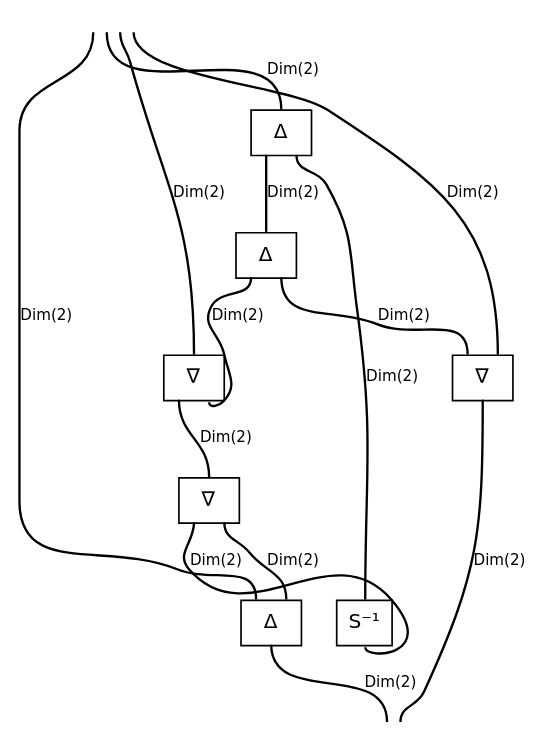
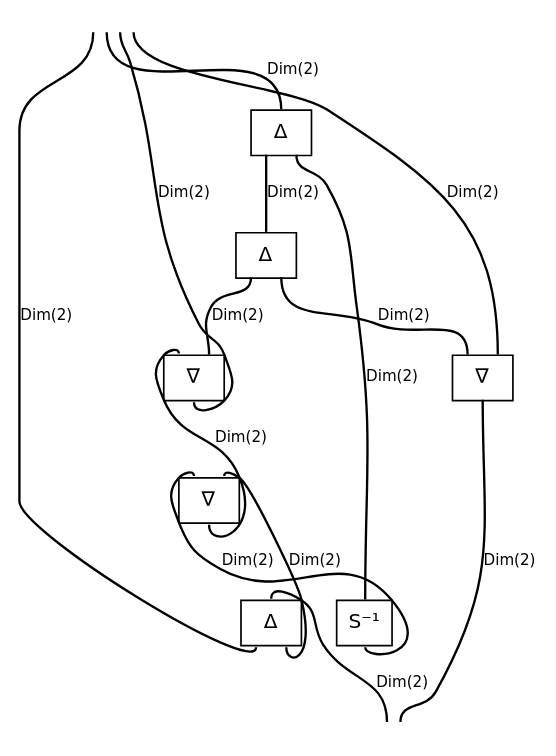
Before and after one commit to discopy/discopy: the diagram in docs/_static/hopf/double-mult.dot, drawn with Graphviz. The commit also changed 6 other files, not shown here.

```diff
--- a/docs/_static/hopf/double-mult.dot
+++ b/docs/_static/hopf/double-mult.dot
@@ -1,29 +1,29 @@
 graph cmap {
   graph [bgcolor="white", fontname="DejaVu Sans", layout="dot", margin="0.04", outputorder="edgesfirst", overlap="false", rankdir="TB", splines="true"];
   node [color="black", fontname="DejaVu Sans", fontsize="12", margin="0", shape="plain"];
   edge [color="black", fontname="DejaVu Sans", fontsize="9", headclip="true", penwidth="1.4", tailclip="true"];
   v0 [label=<<TABLE BORDER="0" CELLBORDER="0" CELLSPACING="0"><TR><TD PORT="p4" TOOLTIP="dom 0: Dim(2) (up, up)" BORDER="0" CELLPADDING="0" COLSPAN="2" WIDTH="36" HEIGHT="0"></TD></TR><TR><TD BORDER="1" CELLPADDING="6" COLSPAN="2" WIDTH="36">Δ</TD></TR><TR><TD PORT="p6" TOOLTIP="cod 0: Dim(2) (down, down)" BORDER="0" CELLPADDING="0" COLSPAN="1" WIDTH="18" HEIGHT="0"></TD><TD PORT="p5" TOOLTIP="cod 1: Dim(2) (down, down)" BORDER="0" CELLPADDING="0" COLSPAN="1" WIDTH="18" HEIGHT="0"></TD></TR></TABLE>>];
   v1 [label=<<TABLE BORDER="0" CELLBORDER="0" CELLSPACING="0"><TR><TD PORT="p7" TOOLTIP="dom 0: Dim(2) (up, up)" BORDER="0" CELLPADDING="0" COLSPAN="2" WIDTH="36" HEIGHT="0"></TD></TR><TR><TD BORDER="1" CELLPADDING="6" COLSPAN="2" WIDTH="36">Δ</TD></TR><TR><TD PORT="p9" TOOLTIP="cod 0: Dim(2) (down, down)" BORDER="0" CELLPADDING="0" COLSPAN="1" WIDTH="18" HEIGHT="0"></TD><TD PORT="p8" TOOLTIP="cod 1: Dim(2) (down, down)" BORDER="0" CELLPADDING="0" COLSPAN="1" WIDTH="18" HEIGHT="0"></TD></TR></TABLE>>];
-  v2 [label=<<TABLE BORDER="0" CELLBORDER="0" CELLSPACING="0"><TR><TD PORT="p10" TOOLTIP="dom 0: Dim(2) (up, up)" BORDER="0" CELLPADDING="0" COLSPAN="2" WIDTH="36" HEIGHT="0"></TD></TR><TR><TD BORDER="1" CELLPADDING="6" COLSPAN="2" WIDTH="36">∇</TD></TR><TR><TD PORT="p12" TOOLTIP="cod 0: Dim(2) (down, down)" BORDER="0" CELLPADDING="0" COLSPAN="1" WIDTH="18" HEIGHT="0"></TD><TD PORT="p11" TOOLTIP="cod 1: Dim(2) (down, down)" BORDER="0" CELLPADDING="0" COLSPAN="1" WIDTH="18" HEIGHT="0"></TD></TR></TABLE>>];
-  v3 [label=<<TABLE BORDER="0" CELLBORDER="0" CELLSPACING="0"><TR><TD PORT="p13" TOOLTIP="dom 0: Dim(2) (up, up)" BORDER="0" CELLPADDING="0" COLSPAN="2" WIDTH="36" HEIGHT="0"></TD></TR><TR><TD BORDER="1" CELLPADDING="6" COLSPAN="2" WIDTH="36">∇</TD></TR><TR><TD PORT="p15" TOOLTIP="cod 0: Dim(2) (down, down)" BORDER="0" CELLPADDING="0" COLSPAN="1" WIDTH="18" HEIGHT="0"></TD><TD PORT="p14" TOOLTIP="cod 1: Dim(2) (down, down)" BORDER="0" CELLPADDING="0" COLSPAN="1" WIDTH="18" HEIGHT="0"></TD></TR></TABLE>>];
+  v2 [label=<<TABLE BORDER="0" CELLBORDER="0" CELLSPACING="0"><TR><TD PORT="p10" TOOLTIP="dom 0: Dim(2) (up, up)" BORDER="0" CELLPADDING="0" COLSPAN="1" WIDTH="18" HEIGHT="0"></TD><TD PORT="p11" TOOLTIP="dom 1: Dim(2) (up, up)" BORDER="0" CELLPADDING="0" COLSPAN="1" WIDTH="18" HEIGHT="0"></TD></TR><TR><TD BORDER="1" CELLPADDING="6" COLSPAN="2" WIDTH="36">∇</TD></TR><TR><TD PORT="p12" TOOLTIP="cod 0: Dim(2) (down, down)" BORDER="0" CELLPADDING="0" COLSPAN="2" WIDTH="36" HEIGHT="0"></TD></TR></TABLE>>];
+  v3 [label=<<TABLE BORDER="0" CELLBORDER="0" CELLSPACING="0"><TR><TD PORT="p13" TOOLTIP="dom 0: Dim(2) (up, up)" BORDER="0" CELLPADDING="0" COLSPAN="1" WIDTH="18" HEIGHT="0"></TD><TD PORT="p14" TOOLTIP="dom 1: Dim(2) (up, up)" BORDER="0" CELLPADDING="0" COLSPAN="1" WIDTH="18" HEIGHT="0"></TD></TR><TR><TD BORDER="1" CELLPADDING="6" COLSPAN="2" WIDTH="36">∇</TD></TR><TR><TD PORT="p15" TOOLTIP="cod 0: Dim(2) (down, down)" BORDER="0" CELLPADDING="0" COLSPAN="2" WIDTH="36" HEIGHT="0"></TD></TR></TABLE>>];
   v4 [label=<<TABLE BORDER="0" CELLBORDER="0" CELLSPACING="0"><TR><TD PORT="p16" TOOLTIP="dom 0: Dim(2) (up, up)" BORDER="0" CELLPADDING="0" COLSPAN="1" WIDTH="18" HEIGHT="0"></TD></TR><TR><TD BORDER="1" CELLPADDING="6" COLSPAN="1" WIDTH="18">S⁻¹</TD></TR><TR><TD PORT="p17" TOOLTIP="cod 0: Dim(2) (down, down)" BORDER="0" CELLPADDING="0" COLSPAN="1" WIDTH="18" HEIGHT="0"></TD></TR></TABLE>>];
-  v5 [label=<<TABLE BORDER="0" CELLBORDER="0" CELLSPACING="0"><TR><TD PORT="p18" TOOLTIP="dom 0: Dim(2) (up, up)" BORDER="0" CELLPADDING="0" COLSPAN="1" WIDTH="18" HEIGHT="0"></TD><TD PORT="p19" TOOLTIP="dom 1: Dim(2) (up, up)" BORDER="0" CELLPADDING="0" COLSPAN="1" WIDTH="18" HEIGHT="0"></TD></TR><TR><TD BORDER="1" CELLPADDING="6" COLSPAN="2" WIDTH="36">Δ</TD></TR><TR><TD PORT="p20" TOOLTIP="cod 0: Dim(2) (down, down)" BORDER="0" CELLPADDING="0" COLSPAN="2" WIDTH="36" HEIGHT="0"></TD></TR></TABLE>>];
+  v5 [label=<<TABLE BORDER="0" CELLBORDER="0" CELLSPACING="0"><TR><TD PORT="p18" TOOLTIP="dom 0: Dim(2) (up, up)" BORDER="0" CELLPADDING="0" COLSPAN="2" WIDTH="36" HEIGHT="0"></TD></TR><TR><TD BORDER="1" CELLPADDING="6" COLSPAN="2" WIDTH="36">Δ</TD></TR><TR><TD PORT="p20" TOOLTIP="cod 0: Dim(2) (down, down)" BORDER="0" CELLPADDING="0" COLSPAN="1" WIDTH="18" HEIGHT="0"></TD><TD PORT="p19" TOOLTIP="cod 1: Dim(2) (down, down)" BORDER="0" CELLPADDING="0" COLSPAN="1" WIDTH="18" HEIGHT="0"></TD></TR></TABLE>>];
   v6 [label=<<TABLE BORDER="0" CELLBORDER="0" CELLSPACING="0"><TR><TD PORT="p21" TOOLTIP="dom 0: Dim(2) (up, up)" BORDER="0" CELLPADDING="0" COLSPAN="1" WIDTH="18" HEIGHT="0"></TD><TD PORT="p22" TOOLTIP="dom 1: Dim(2) (up, up)" BORDER="0" CELLPADDING="0" COLSPAN="1" WIDTH="18" HEIGHT="0"></TD></TR><TR><TD BORDER="1" CELLPADDING="6" COLSPAN="2" WIDTH="36">∇</TD></TR><TR><TD PORT="p23" TOOLTIP="cod 0: Dim(2) (down, down)" BORDER="0" CELLPADDING="0" COLSPAN="2" WIDTH="36" HEIGHT="0"></TD></TR></TABLE>>];
   input [label=<<TABLE BORDER="0" CELLBORDER="0" CELLSPACING="0"><TR><TD PORT="p0" TOOLTIP="input 0: Dim(2)" BORDER="0" CELLPADDING="4"></TD><TD PORT="p1" TOOLTIP="input 1: Dim(2)" BORDER="0" CELLPADDING="4"></TD><TD PORT="p2" TOOLTIP="input 2: Dim(2)" BORDER="0" CELLPADDING="4"></TD><TD PORT="p3" TOOLTIP="input 3: Dim(2)" BORDER="0" CELLPADDING="4"></TD></TR></TABLE>>];
   output [label=<<TABLE BORDER="0" CELLBORDER="0" CELLSPACING="0"><TR><TD PORT="p24" TOOLTIP="output 0: Dim(2)" BORDER="0" CELLPADDING="4"></TD><TD PORT="p25" TOOLTIP="output 1: Dim(2)" BORDER="0" CELLPADDING="4"></TD></TR></TABLE>>];
   { rank=min; input; }
   { rank=max; output; }
-  input:p0:s -- v5:p18:n [label="Dim(2)", labeldistance="1.6", len="0.85"];
+  input:p0:s -- v5:p20:s [label="Dim(2)", labeldistance="1.6", len="0.85"];
   input:p1:s -- v0:p4:n [label="Dim(2)", labeldistance="1.6", len="0.85"];
-  input:p2:s -- v2:p10:n [label="Dim(2)", labeldistance="1.6", len="0.85"];
+  input:p2:s -- v2:p12:s [label="Dim(2)", labeldistance="1.6", len="0.85"];
   input:p3:s -- v6:p22:n [label="Dim(2)", labeldistance="1.6", len="0.85"];
   v0:p5:s -- v4:p16:n [label="Dim(2)", labeldistance="1.6", len="0.85"];
   v0:p6:s -- v1:p7:n [label="Dim(2)", labeldistance="1.6", len="0.85"];
   v1:p8:s -- v6:p21:n [label="Dim(2)", labeldistance="1.6", len="0.85"];
-  v1:p9:s -- v2:p11:s [label="Dim(2)", labeldistance="1.6", len="0.85"];
-  v2:p12:s -- v3:p13:n [label="Dim(2)", labeldistance="1.6", len="0.85"];
-  v3:p14:s -- v5:p19:n [label="Dim(2)", labeldistance="1.6", len="0.85"];
-  v3:p15:s -- v4:p17:s [label="Dim(2)", labeldistance="1.6", len="0.85"];
-  v5:p20:s -- output:p24:n [label="Dim(2)", labeldistance="1.6", len="0.85"];
+  v1:p9:s -- v2:p11:n [label="Dim(2)", labeldistance="1.6", len="0.85"];
+  v2:p10:n -- v3:p15:s [label="Dim(2)", labeldistance="1.6", len="0.85"];
+  v3:p13:n -- v4:p17:s [label="Dim(2)", labeldistance="1.6", len="0.85"];
+  v3:p14:n -- v5:p19:s [label="Dim(2)", labeldistance="1.6", len="0.85"];
+  v5:p18:n -- output:p24:n [label="Dim(2)", labeldistance="1.6", len="0.85"];
   v6:p23:s -- output:p25:n [label="Dim(2)", labeldistance="1.6", len="0.85"];
 }
```
